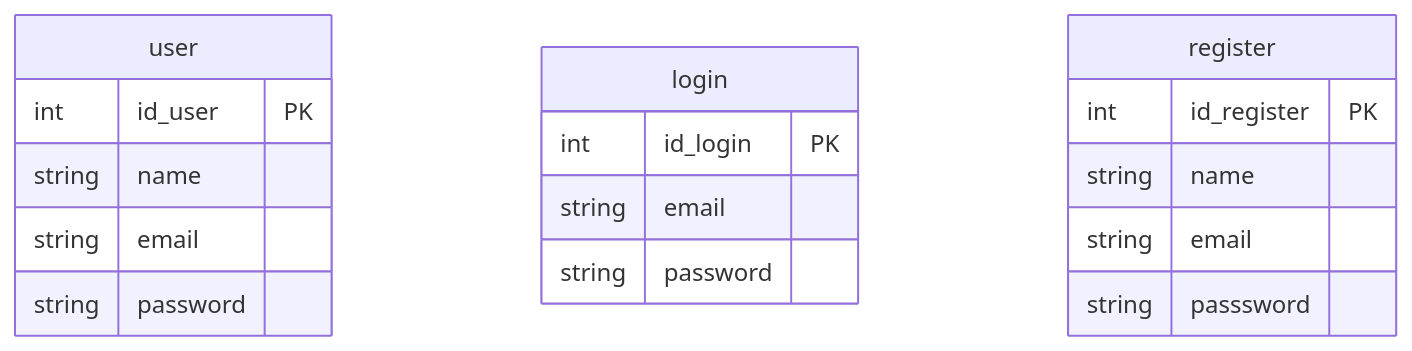
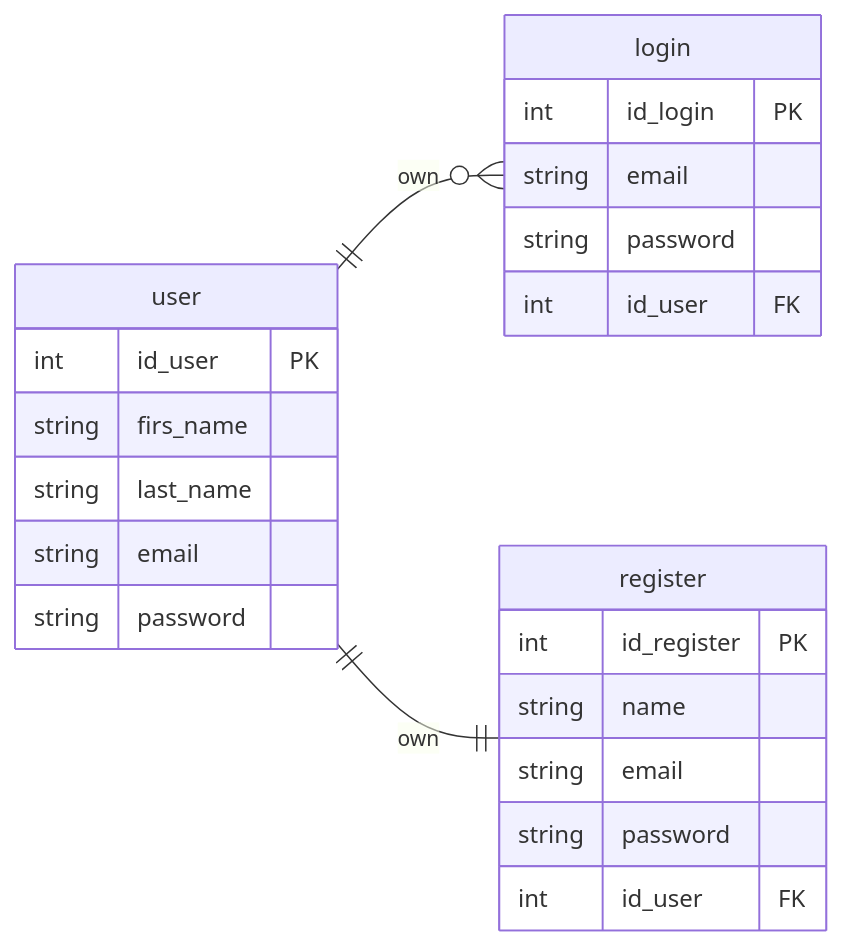
Before and after one commit to Dwaysetya/fgo24-db-auth-flow: the diagram in README.md, drawn with Mermaid. The commit also changed other lines of this file, not shown here.

Commit message:
fix: update code

````diff
--- a/README.md
+++ b/README.md
@@ -1,26 +4,32 @@
 ```mermaid
 
 erDiagram
+direction LR
+user ||--o{ login :own
+user ||--|| register :own
 
 user{
     int id_user PK
-    string name
+    string firs_name
+    string last_name
     string email
     string password
 }
 
 login{
     int id_login PK
     string email
     string password
+    int id_user FK
 }
 
 register{
     int id_register PK
     string name
     string email
-    string passsword
+    string password
+    int id_user FK
 }
 
 
 ```
````
